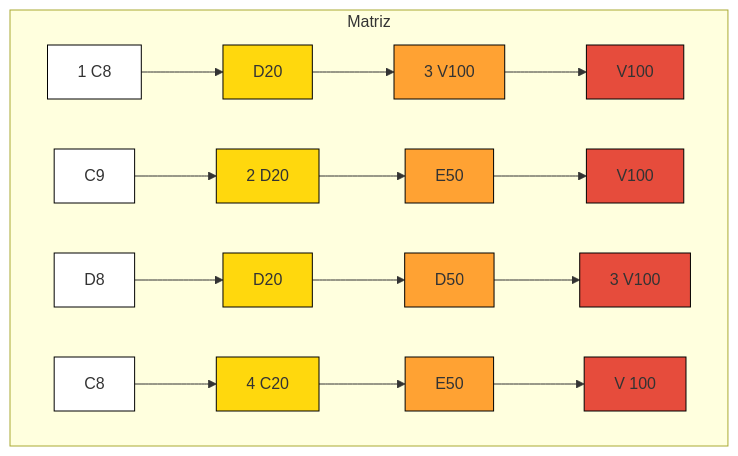
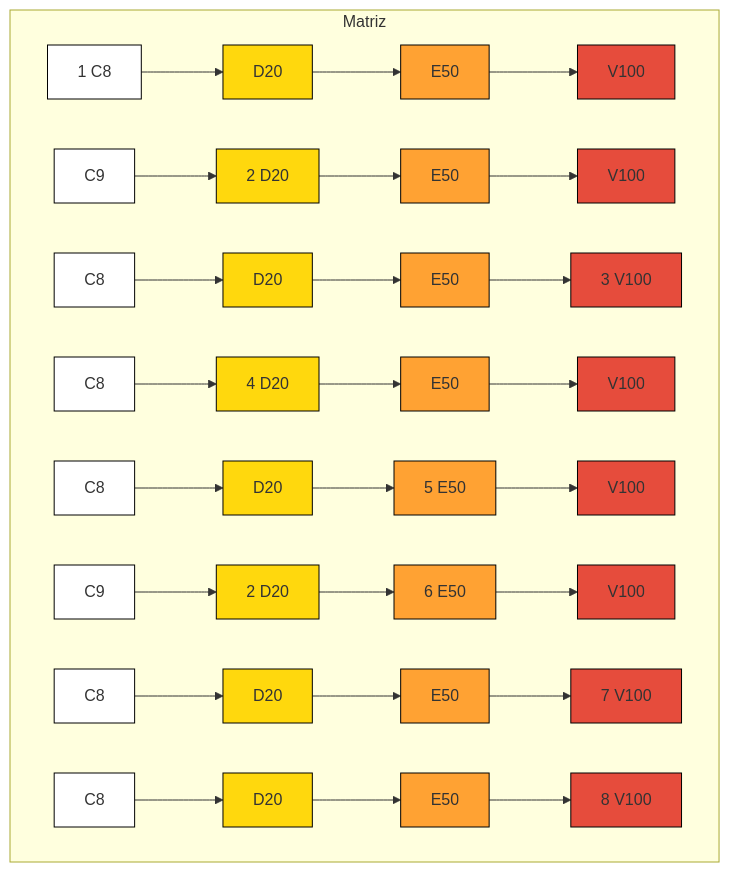
One commit to AnandaMazine/Metodo-Agil-Crystal changed the diagram in README.md. Above: the diagram before and after it, drawn with Mermaid.

````diff
--- a/README.md
+++ b/README.md
@@ -3,14 +3,18 @@
 ```mermaid
 graph TD
   subgraph Matriz
-A1["1 C8"]:::branco --> A2["D20"]:::amarelo --> A3["3 V100"]:::laranja --> A4["V100"]:::vermelho
+A1["1 C8"]:::branco --> A2["D20"]:::amarelo --> A3["E50"]:::laranja --> A4["V100"]:::vermelho
 B1["C9"]:::branco --> B2["2 D20"]:::amarelo --> B3["E50"]:::laranja --> B4["V100"]:::vermelho
-C1["D8"]:::branco --> C2["D20"]:::amarelo --> C3["D50"]:::laranja --> C4["3 V100"]:::vermelho
-D1["C8"]:::branco --> D2["4 C20"]:::amarelo --> D3["E50"]:::laranja --> D4["V 100"]:::vermelho
+C1["C8"]:::branco --> C2["D20"]:::amarelo --> C3["E50"]:::laranja --> C4["3 V100"]:::vermelho
+D1["C8"]:::branco --> D2["4 D20"]:::amarelo --> D3["E50"]:::laranja --> D4["V100"]:::vermelho
+E1["C8"]:::branco --> E2["D20"]:::amarelo --> E3["5 E50"]:::laranja --> E4["V100"]:::vermelho
+F1["C9"]:::branco --> F2["2 D20"]:::amarelo --> F3["6 E50"]:::laranja --> F4["V100"]:::vermelho
+G1["C8"]:::branco --> G2["D20"]:::amarelo --> G3["E50"]:::laranja --> G4["7 V100"]:::vermelho
+H1["C8"]:::branco --> H2["D20"]:::amarelo --> H3["E50"]:::laranja --> H4["8 V100"]:::vermelho
 
 end
 classDef branco fill:#fff, stroke:#000, stroke-width:1px;
 classDef amarelo fill:#FFD80D, stroke:#000, stroke-width:1px;
 classDef laranja fill:#FFA233, stroke:#000, stroke-width:1px;
 classDef vermelho fill:#E64C3C, stroke:#000, stroke-width:1px;
 ```
````
